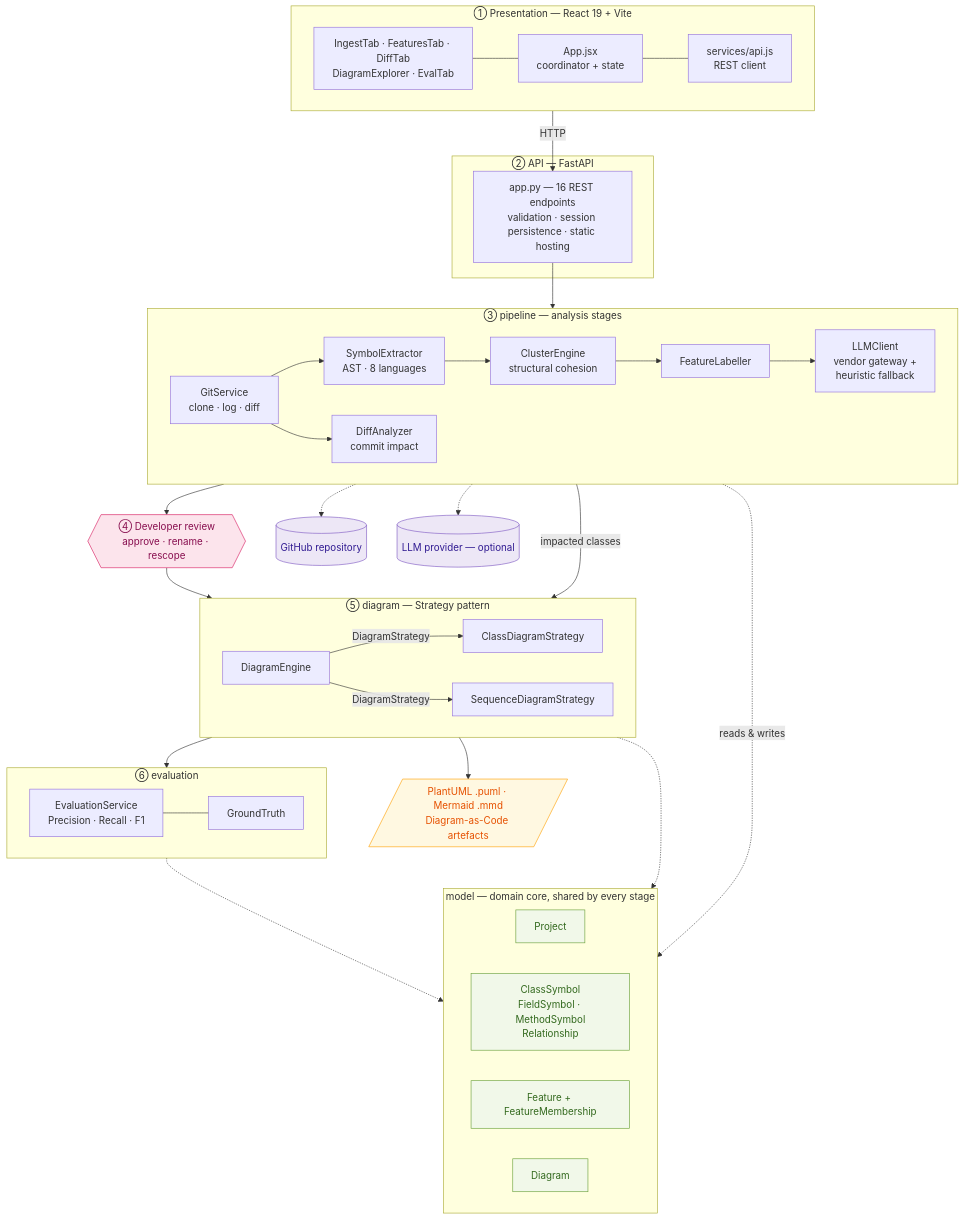
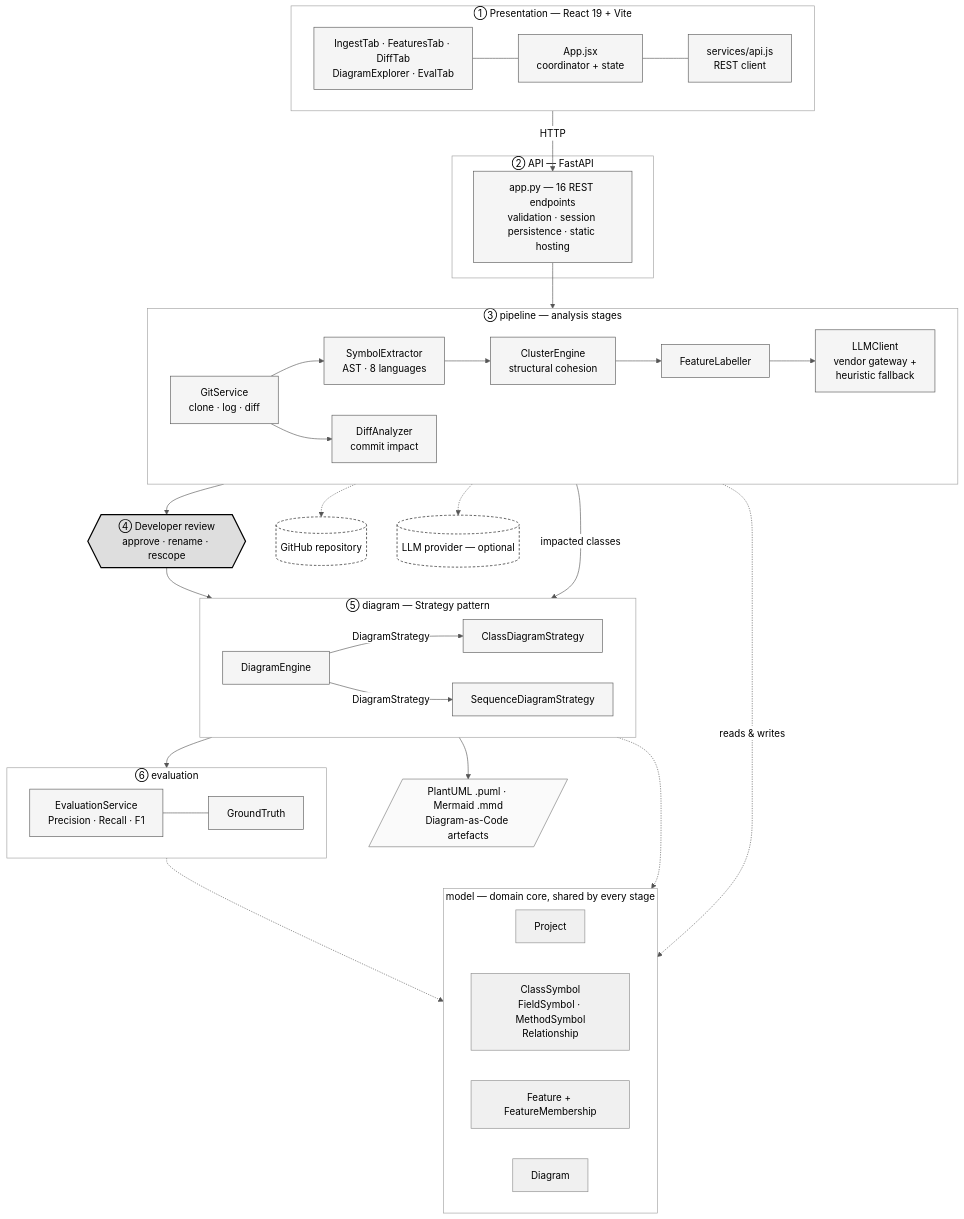
One commit to Adityarane012/UMLRev---SE-Project changed the diagram in docs/diagrams/umlrev_system_architecture.mmd. Above: the diagram before and after it, drawn with Mermaid. The commit also changed 1 other file, not shown here.

Commit message:
Render the architecture figure in greyscale
The figure used colour to separate external systems, the review gate, the
domain model and the output artefacts. Colour is unreliable in a printed or
photocopied report and carries no meaning a reader needs here.

Switches the Mermaid theme to a greyscale palette and redefines the four
node classes to distinguish by tone and stroke instead: dashed outline for
external systems, heavier border for the review gate, flat light fill for
the domain model. Verified by sampling computed styles across every SVG
element - no channel spread above 18, and all text renders pure black.

```diff
--- a/docs/diagrams/umlrev_system_architecture.mmd
+++ b/docs/diagrams/umlrev_system_architecture.mmd
@@ -1,78 +1,87 @@
+%%{init: {'theme':'base','themeVariables':{
+  'background':'#ffffff',
+  'primaryColor':'#f5f5f5','primaryTextColor':'#000000','primaryBorderColor':'#555555',
+  'lineColor':'#555555','textColor':'#000000',
+  'secondaryColor':'#ebebeb','tertiaryColor':'#fafafa',
+  'clusterBkg':'#ffffff','clusterBorder':'#9e9e9e',
+  'titleColor':'#000000','edgeLabelBackground':'#ffffff',
+  'nodeTextColor':'#000000','fontFamily':'Segoe UI, sans-serif'
+}}}%%
 flowchart TB
   subgraph UI["① Presentation — React 19 + Vite"]
     direction LR
     APP["App.jsx<br/>coordinator + state"]
     TABS["IngestTab · FeaturesTab · DiffTab<br/>DiagramExplorer · EvalTab"]
     ACLI["services/api.js<br/>REST client"]
     TABS --- APP --- ACLI
   end
 
   subgraph API["② API — FastAPI"]
     REST["app.py — 16 REST endpoints<br/>validation · session persistence · static hosting"]
   end
 
   subgraph PIPE["③ pipeline — analysis stages"]
     direction LR
     GIT["GitService<br/>clone · log · diff"]
     EXTR["SymbolExtractor<br/>AST · 8 languages"]
     CLUS["ClusterEngine<br/>structural cohesion"]
     LAB["FeatureLabeller"]
     LLMC["LLMClient<br/>vendor gateway +<br/>heuristic fallback"]
     DIFF["DiffAnalyzer<br/>commit impact"]
     GIT --> EXTR --> CLUS --> LAB --> LLMC
   end
 
   REVIEW{{"④ Developer review<br/>approve · rename · rescope"}}
 
   subgraph DIAG["⑤ diagram — Strategy pattern"]
     direction LR
     ENG["DiagramEngine"]
     CLS["ClassDiagramStrategy"]
     SEQ["SequenceDiagramStrategy"]
     ENG -->|DiagramStrategy| CLS
     ENG -->|DiagramStrategy| SEQ
   end
 
   subgraph EVAL["⑥ evaluation"]
     direction LR
     EVS["EvaluationService<br/>Precision · Recall · F1"]
     GT["GroundTruth"]
     EVS --- GT
   end
 
   OUT[/"PlantUML .puml · Mermaid .mmd<br/>Diagram-as-Code artefacts"/]
 
   subgraph MODEL["model — domain core, shared by every stage"]
     direction LR
     PROJ["Project"]
     CSYM["ClassSymbol<br/>FieldSymbol · MethodSymbol<br/>Relationship"]
     FEAT["Feature + FeatureMembership"]
     DGM["Diagram"]
   end
 
   GH[(GitHub repository)]
   LLM[(LLM provider — optional)]
 
   ACLI -->|HTTP| REST
   REST --> GIT
   GIT -.-> GH
   LLMC -.-> LLM
   LAB --> REVIEW
   REVIEW --> ENG
   DIFF -->|impacted classes| ENG
   GIT --> DIFF
   ENG --> OUT
   ENG --> EVS
 
   PIPE -.->|reads & writes| MODEL
   DIAG -.-> MODEL
   EVAL -.-> MODEL
 
-  classDef ext fill:#ede7f6,stroke:#7e57c2,color:#311b92
-  classDef art fill:#fff8e1,stroke:#ffa000,color:#e65100
-  classDef gate fill:#fce4ec,stroke:#d81b60,color:#880e4f
-  classDef dom fill:#f1f8e9,stroke:#689f38,color:#33691e
+  classDef ext fill:#ffffff,stroke:#555555,stroke-width:1.5px,color:#000000,stroke-dasharray:4 3
+  classDef art fill:#fafafa,stroke:#777777,stroke-width:1px,color:#000000
+  classDef gate fill:#dedede,stroke:#000000,stroke-width:2px,color:#000000
+  classDef dom fill:#f0f0f0,stroke:#8a8a8a,stroke-width:1px,color:#000000
   class GH,LLM ext
   class OUT art
   class REVIEW gate
   class PROJ,CSYM,FEAT,DGM dom
```
